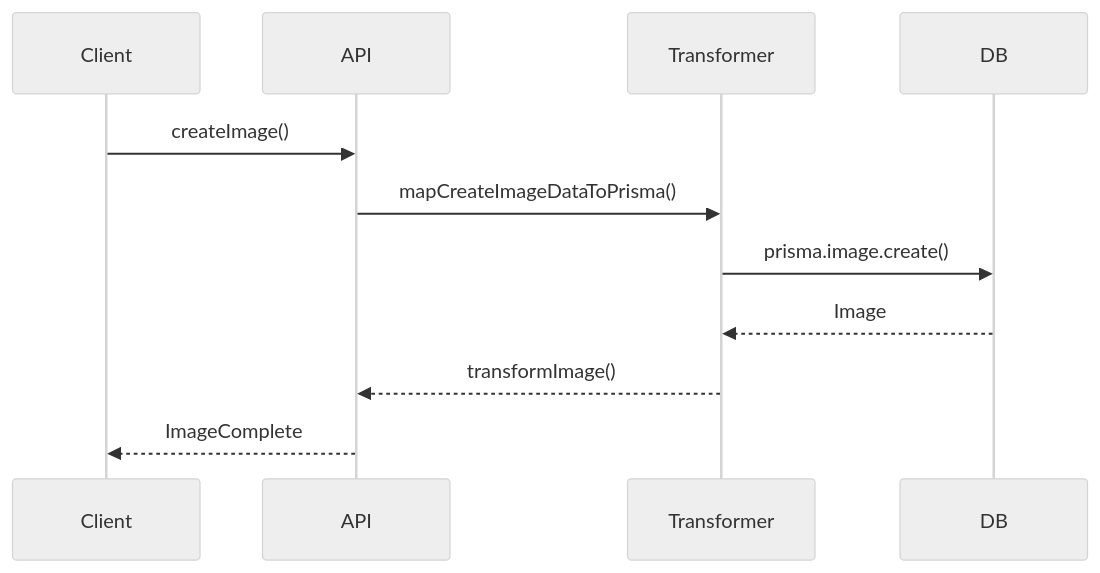
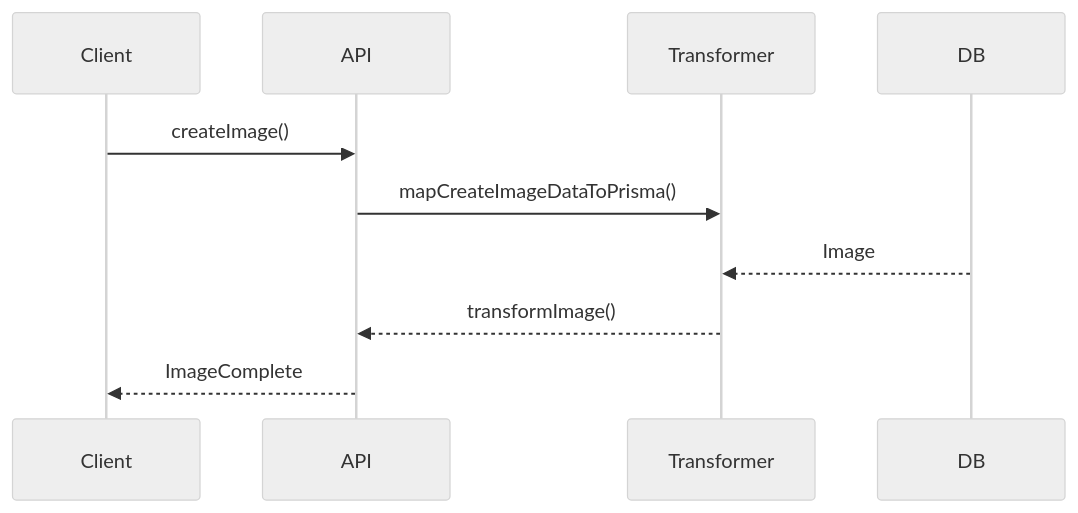
One commit to gvastethecreator/media-manager changed the second of 2 diagrams in src/types/entities/image/documentation.md. Above: the diagram before and after it, drawn with Mermaid (neutral theme). The commit also changed 176 other files, not shown here.

````diff
--- a/src/types/entities/image/documentation.md
+++ b/src/types/entities/image/documentation.md
@@ -49,13 +49,13 @@
 ```mermaid
 sequenceDiagram
     participant Client
     participant API
     participant Transformer
     participant DB
     Client->>API: createImage()
     API->>Transformer: mapCreateImageDataToPrisma()
-    Transformer->>DB: prisma.image.create()
+    
     DB-->>Transformer: Image
     Transformer-->>API: transformImage()
     API-->>Client: ImageComplete
 ```
````
